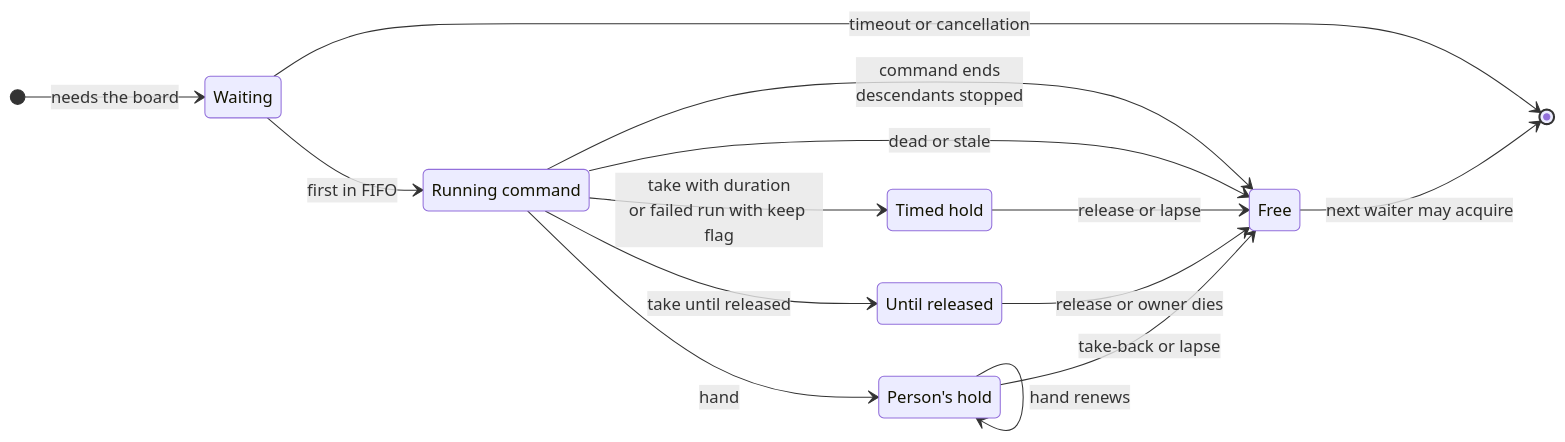
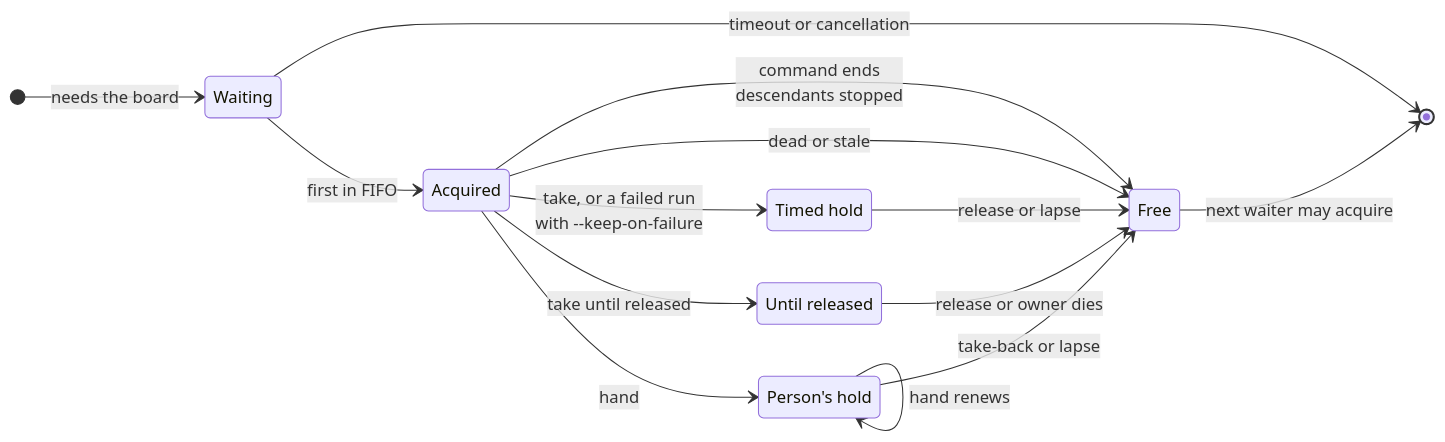
The second of 2 diagrams in docs/tools/Device-Lock.md (jose-villegas/autana), drawn with Mermaid before and after one commit. The commit also changed other lines of this file and 15 other files, not shown here.

````diff
--- a/docs/tools/Device-Lock.md
+++ b/docs/tools/Device-Lock.md
@@ -428,21 +438,21 @@
 ```mermaid
 stateDiagram-v2
     direction LR
-    state "Running command" as Running
+    state "Acquired" as Running
     state "Timed hold" as Timed
     state "Until released" as Process
     state "Person's hold" as Human
     [*] --> Waiting: needs the board
     Waiting --> Running: first in FIFO
     Waiting --> [*]: timeout or cancellation
-    Running --> Timed: take with duration<br/>or failed run with keep flag
+    Running --> Timed: take, or a failed run<br/>with --keep-on-failure
     Running --> Process: take until released
     Running --> Human: hand
     Running --> Free: command ends<br/>descendants stopped
     Running --> Free: dead or stale
     Timed --> Free: release or lapse
     Process --> Free: release or owner dies
     Human --> Human: hand renews
     Human --> Free: take-back or lapse
     Free --> [*]: next waiter may acquire
 ```
````
